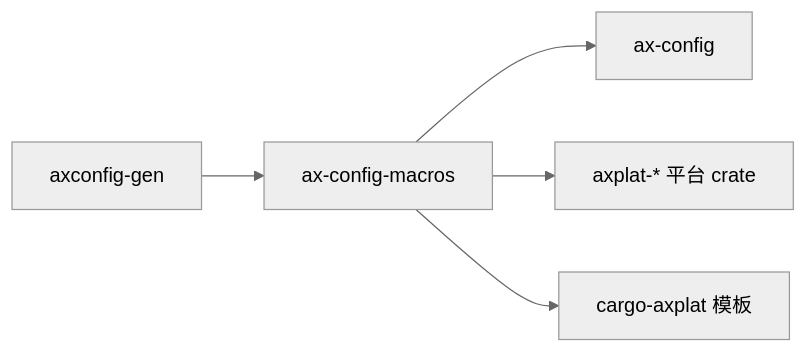
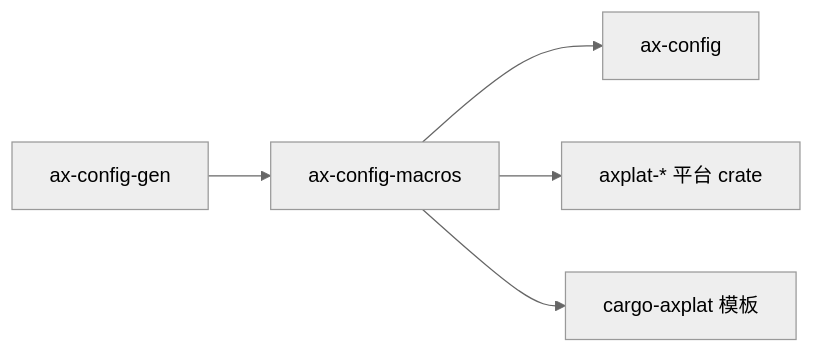
One commit to zKurisu/tgoskits changed the second of 2 diagrams in docs/crates/ax-config-macros.md. Above: the diagram before and after it, drawn with Mermaid (neutral theme). The commit also changed other lines of this file and 47 other files, not shown here.

Commit message:
rename axconfig-gen to ax-config-gen

````diff
--- a/docs/crates/ax-config-macros.md
+++ b/docs/crates/ax-config-macros.md
@@ -95,7 +95,7 @@
 ```mermaid
 graph LR
-    axconfig_gen["axconfig-gen"] --> macros["ax-config-macros"]
+    ax_config_gen["ax-config-gen"] --> macros["ax-config-macros"]
     macros --> axconfig["ax-config"]
     macros --> axplat["axplat-* 平台 crate"]
     macros --> template["cargo-axplat 模板"]
 ```
````
